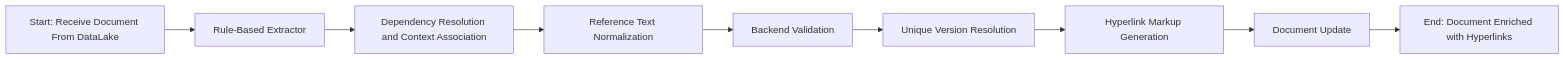
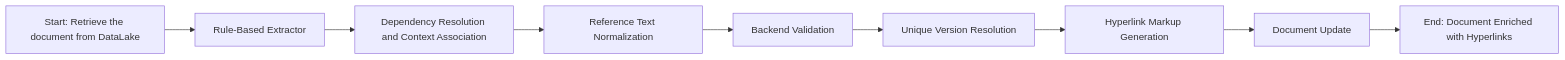
The first of 3 diagrams in hyperlink-recognition/python/docs/Hyperlink Recognition in Legal Documents.md (xbhel/momostack), drawn with Mermaid before and after one commit. The commit also changed other lines of this file, not shown here.

````diff
--- a/hyperlink-recognition/python/docs/Hyperlink Recognition in Legal Documents.md
+++ b/hyperlink-recognition/python/docs/Hyperlink Recognition in Legal Documents.md
@@ -59,11 +63,11 @@
 ```mermaid
 flowchart LR
-    A[Start: Receive Document From DataLake] --> B[Rule-Based Extractor]
+    A[Start: Retrieve the document from DataLake] --> B[Rule-Based Extractor]
     B --> C[Dependency Resolution and Context Association]
     C --> D[Reference Text Normalization]
     D --> E[Backend Validation]
     E --> F[Unique Version Resolution]
     F --> G[Hyperlink Markup Generation]
     G --> H[Document Update]
     H --> I[End: Document Enriched with Hyperlinks]
 ```
````
